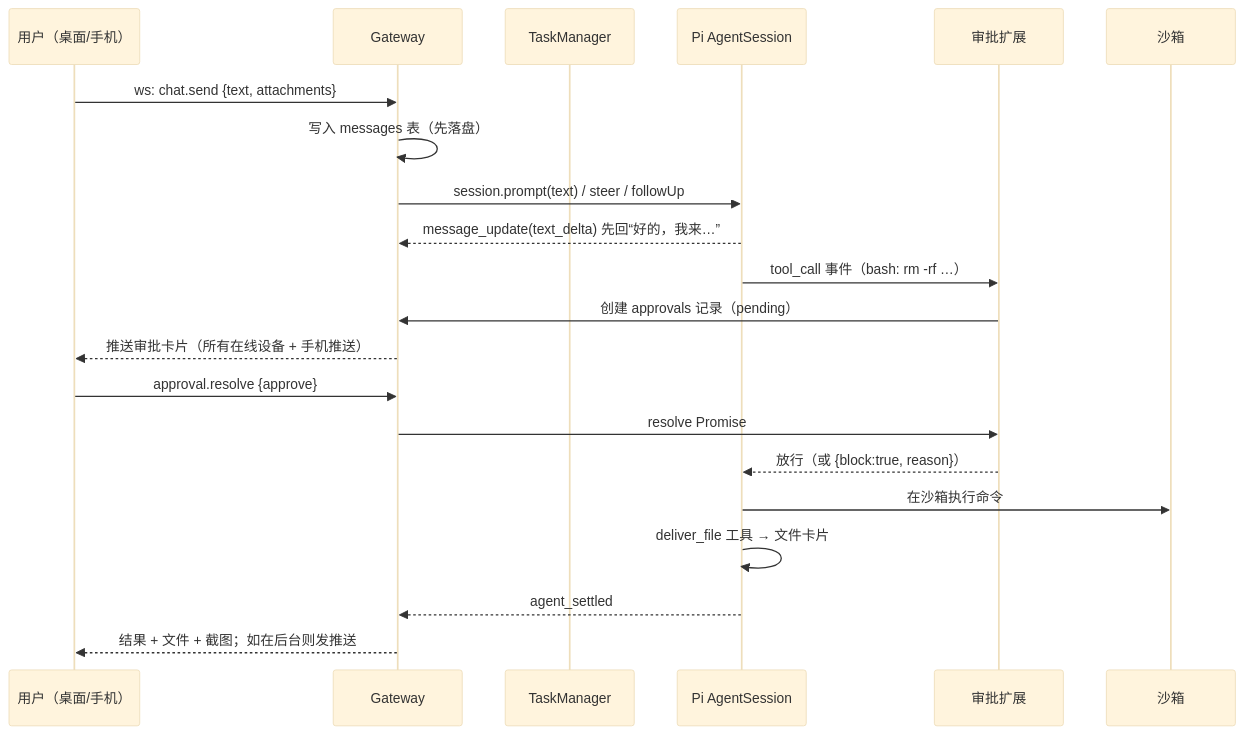
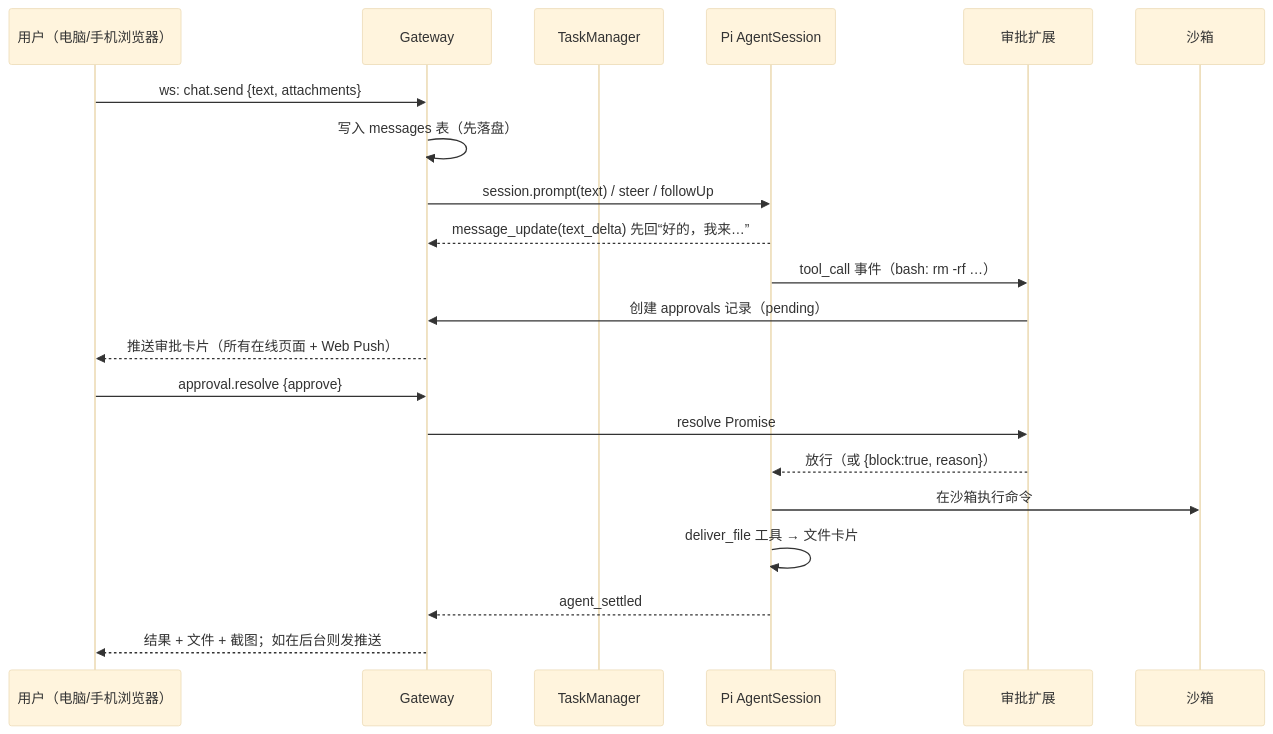
The second of 3 diagrams in docs/DESIGN.md (MyMiMang/pi-assistant), drawn with Mermaid (base theme) before and after one commit. The commit also changed other lines of this file and 15 other files, not shown here.

````diff
--- a/docs/DESIGN.md
+++ b/docs/DESIGN.md
@@ -86,23 +99,23 @@
 ```mermaid
 sequenceDiagram
-  participant U as 用户（桌面/手机）
+  participant U as 用户（电脑/手机浏览器）
   participant G as Gateway
   participant T as TaskManager
   participant P as Pi AgentSession
   participant A as 审批扩展
   participant S as 沙箱
   U->>G: ws: chat.send {text, attachments}
   G->>G: 写入 messages 表（先落盘）
   G->>P: session.prompt(text) / steer / followUp
   P-->>G: message_update(text_delta) 先回“好的，我来…”
   P->>A: tool_call 事件（bash: rm -rf …）
   A->>G: 创建 approvals 记录（pending）
-  G-->>U: 推送审批卡片（所有在线设备 + 手机推送）
+  G-->>U: 推送审批卡片（所有在线页面 + Web Push）
   U->>G: approval.resolve {approve}
   G->>A: resolve Promise
   A-->>P: 放行（或 {block:true, reason}）
   P->>S: 在沙箱执行命令
   P->>P: deliver_file 工具 → 文件卡片
   P-->>G: agent_settled
   G-->>U: 结果 + 文件 + 截图；如在后台则发推送
 ```
````
